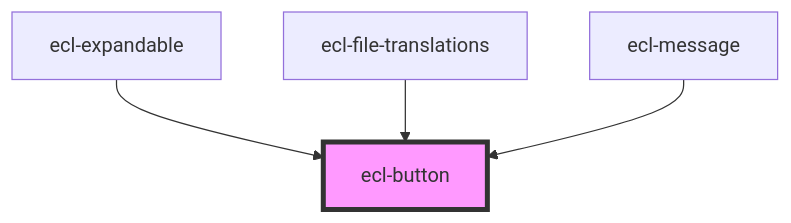
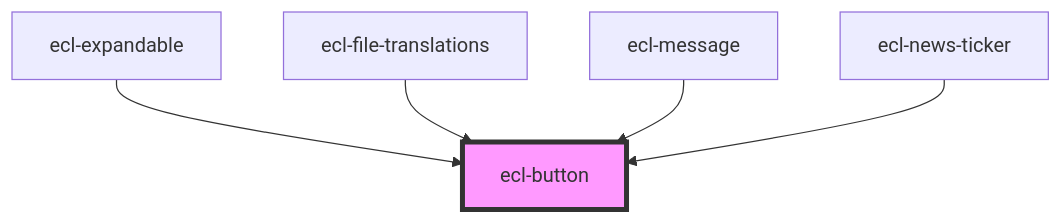
Before and after one commit to ec-europa/ecl-webcomponents: the diagram in src/components/ecl-button/readme.md, drawn with Mermaid. The commit also changed other lines of this file and 15 other files, not shown here.

Commit message:
chore(webcomponents): Adding news-ticker

````diff
--- a/src/components/ecl-button/readme.md
+++ b/src/components/ecl-button/readme.md
@@ -24,7 +25,8 @@
 ```mermaid
 graph TD;
   ecl-expandable --> ecl-button
   ecl-file-translations --> ecl-button
   ecl-message --> ecl-button
+  ecl-news-ticker --> ecl-button
   style ecl-button fill:#f9f,stroke:#333,stroke-width:4px
 ```
````
